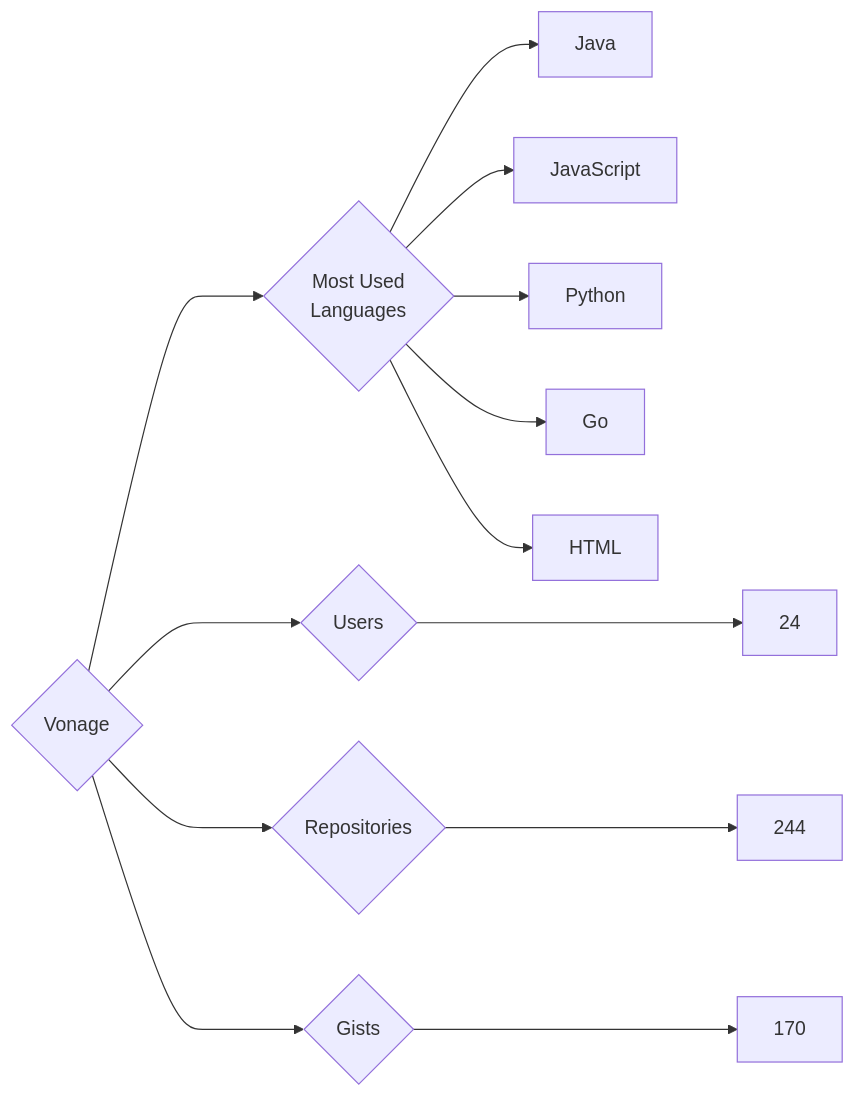
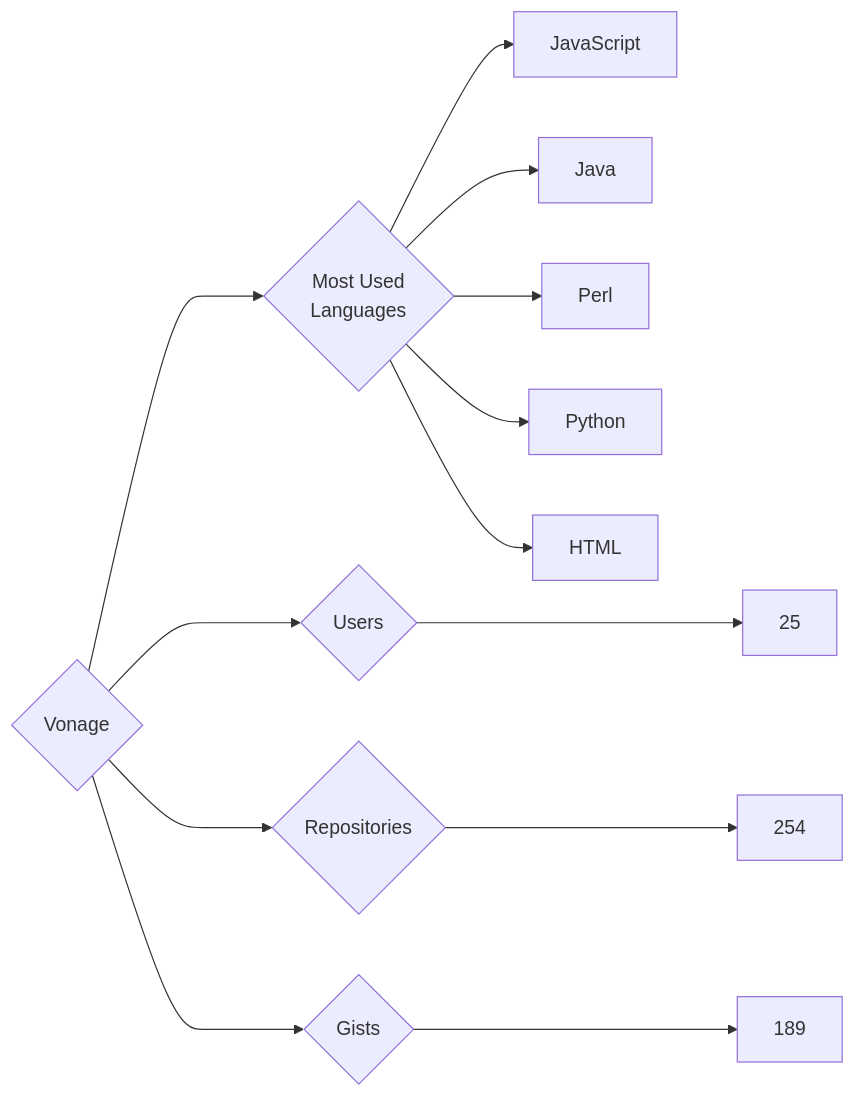
One commit to trickest/insiders changed the diagram in targets/Vonage/README.md. Above: the diagram before and after it, drawn with Mermaid. The commit also changed 912 other files, not shown here.

````diff
--- a/targets/Vonage/README.md
+++ b/targets/Vonage/README.md
@@ -3,13 +3,13 @@
 ```mermaid
 graph LR
 COMPANY_NAME{Vonage}
-COMPANY_NAME ---> U{Users} ---> UN[24]
-COMPANY_NAME ---> R{Repositories} ---> RN[244]
-COMPANY_NAME ---> G{Gists} ---> GN[170]
+COMPANY_NAME ---> U{Users} ---> UN[25]
+COMPANY_NAME ---> R{Repositories} ---> RN[254]
+COMPANY_NAME ---> G{Gists} ---> GN[189]
 COMPANY_NAME ---> ML{Most Used<br>Languages}
+ML --> JavaScript[JavaScript]
 ML --> Java[Java]
-ML --> JavaScript[JavaScript]
+ML --> Perl[Perl]
 ML --> Python[Python]
-ML --> Go[Go]
 ML --> HTML[HTML]
 ```
````
